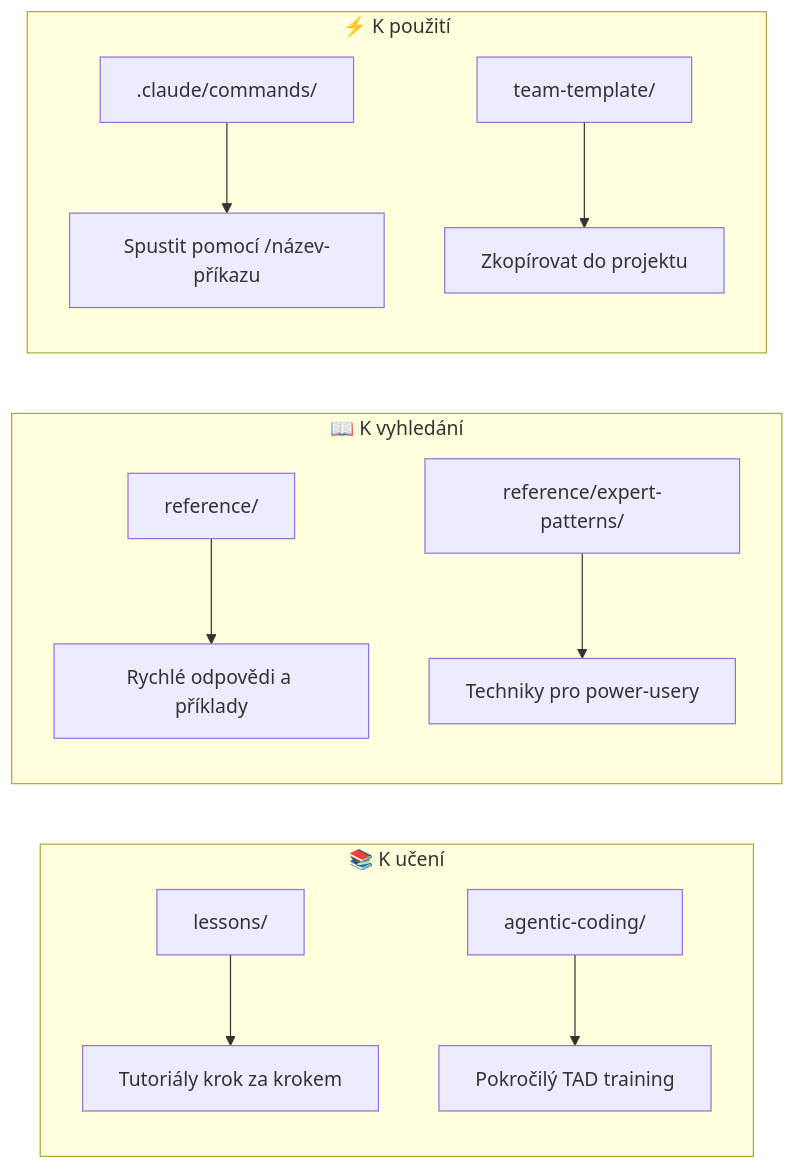
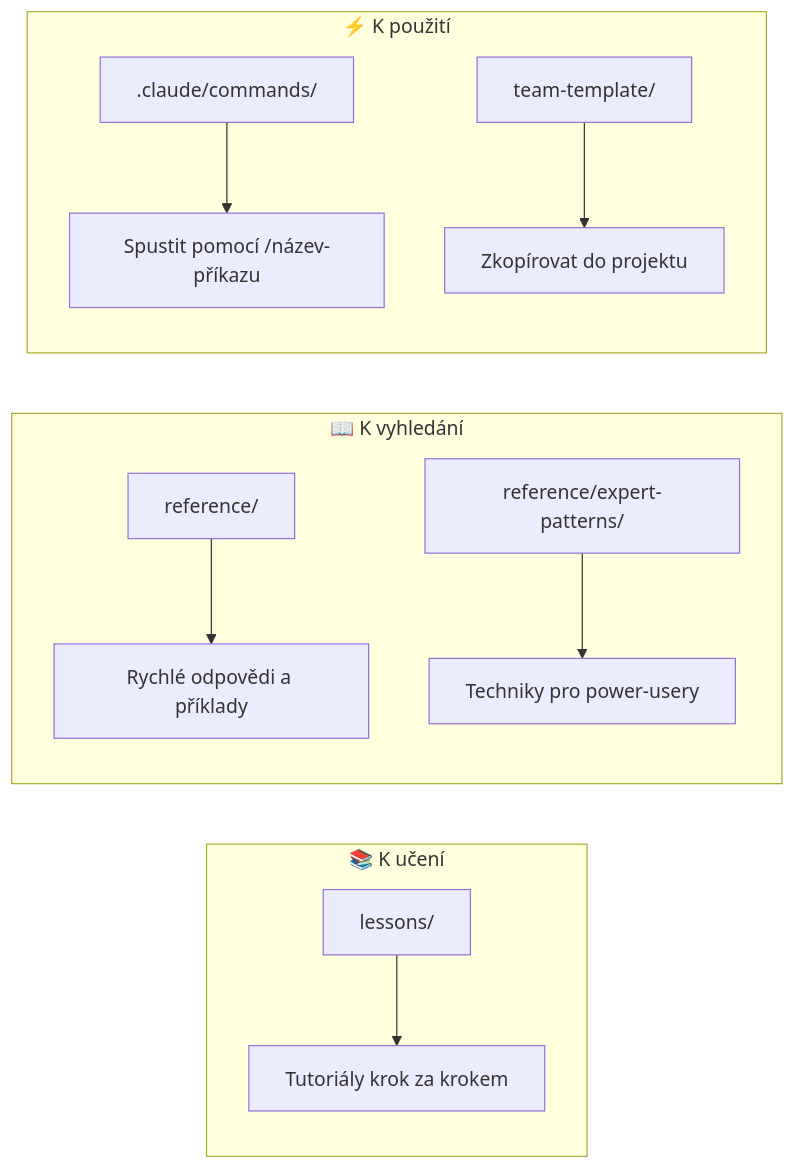
One commit to StrouhalAAA/AgenticEngineer changed the third of 3 diagrams in visual-schema.md. Above: the diagram before and after it, drawn with Mermaid. The commit also changed other lines of this file and 10 other files, not shown here.

First line of the commit message:
chore: remove agentic-coding references in preparation for replacement

````diff
--- a/visual-schema.md
+++ b/visual-schema.md
@@ -64,17 +61,16 @@
 ```mermaid
 flowchart LR
     subgraph LEARN["📚 K učení"]
         A1[lessons/] --> A2[Tutoriály krok za krokem]
-        A3[agentic-coding/] --> A4[Pokročilý TAD training]
     end
 
     subgraph LOOKUP["📖 K vyhledání"]
         B1[reference/] --> B2[Rychlé odpovědi a příklady]
         B3[reference/expert-patterns/] --> B4[Techniky pro power-usery]
     end
 
     subgraph USE["⚡ K použití"]
         C1[.claude/commands/] --> C2[Spustit pomocí /název-příkazu]
         C3[team-template/] --> C4[Zkopírovat do projektu]
     end
 ```
````
